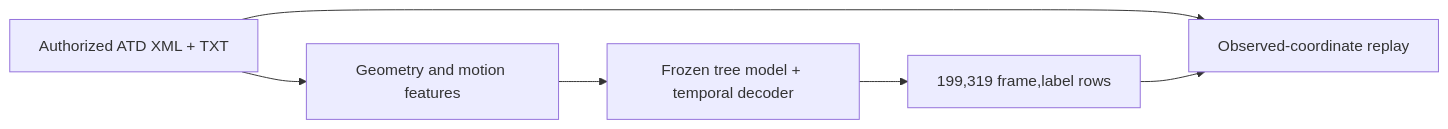
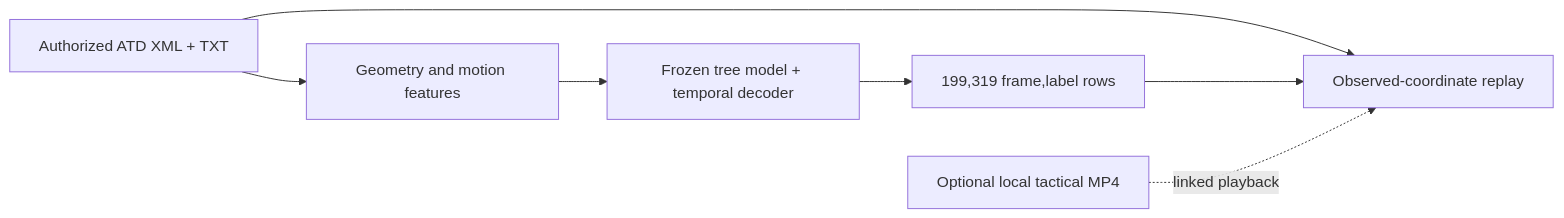
Before and after one commit to kkamali04/ViscaElBarca-Barcelona-hackathon: the diagram in README.md, drawn with Mermaid. The commit also changed other lines of this file and 16 other files, not shown here.

Commit message:
feat(replay): add local video comparison and bounded natural motion

````diff
--- a/README.md
+++ b/README.md
@@ -19,8 +19,9 @@
 ```mermaid
 flowchart LR
   ATD["Authorized ATD XML + TXT"] --> Features["Geometry and motion features"]
   Features --> Model["Frozen tree model + temporal decoder"]
   Model --> CSV["199,319 frame,label rows"]
   ATD --> Replay["Observed-coordinate replay"]
   CSV --> Replay
+  Video["Optional local tactical MP4"] -. "linked playback" .-> Replay
 ```
````
